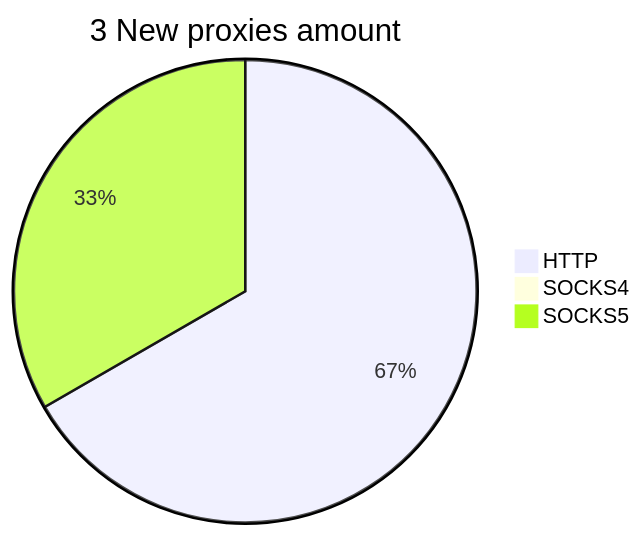
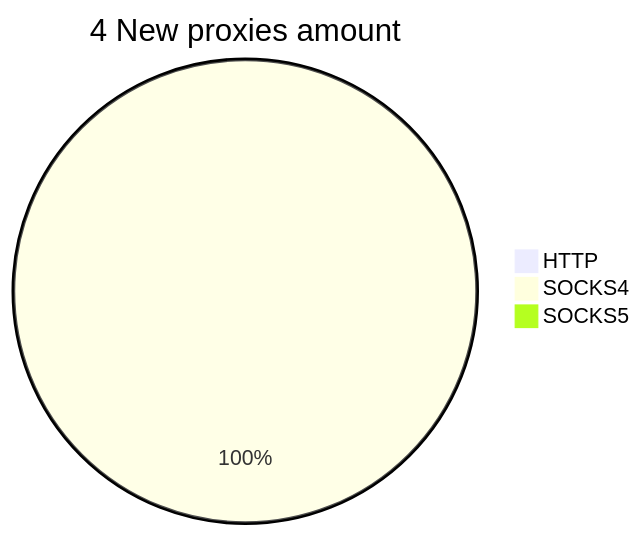
Before and after one commit to cutipu/proxylist: the second of 2 diagrams in README.md, drawn with Mermaid. The commit also changed other lines of this file, not shown here.

````diff
--- a/README.md
+++ b/README.md
@@ -10,6 +10,6 @@
 ```mermaid
-pie title 3 New proxies amount
-    "HTTP" : 2
-    "SOCKS4" : 0
-    "SOCKS5" : 1
+pie title 4 New proxies amount
+    "HTTP" : 0
+    "SOCKS4" : 4
+    "SOCKS5" : 0
 ```
````
